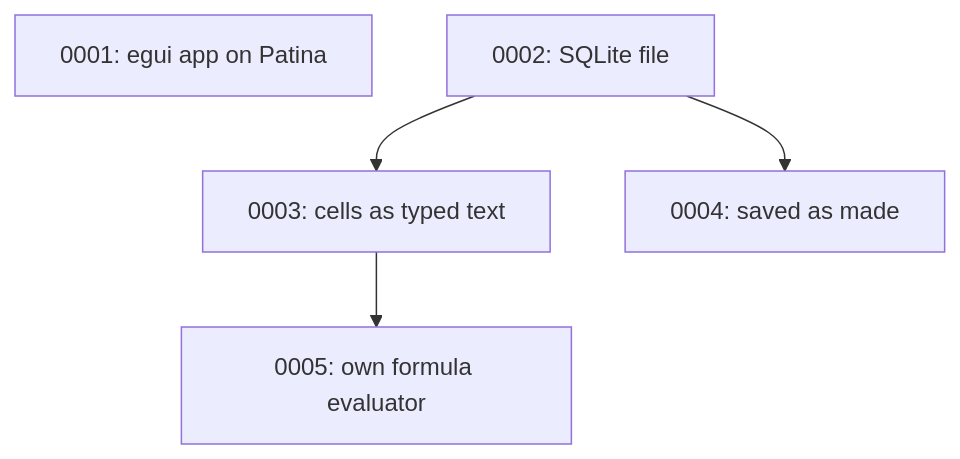
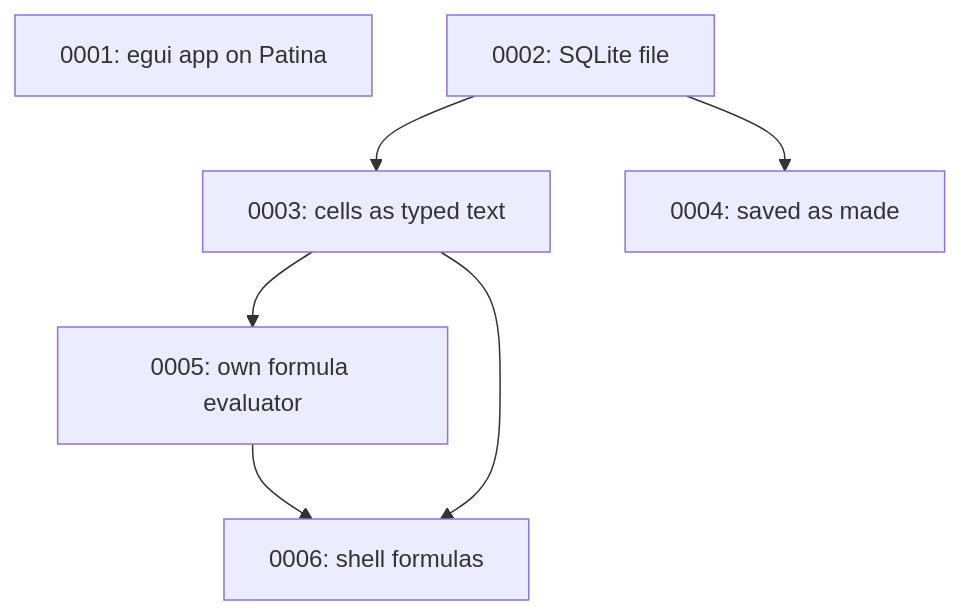
One commit to Sector-F-Labs/patina-desktop changed the diagram in ledger/docs/adr/README.md. Above: the diagram before and after it, drawn with Mermaid. The commit also changed other lines of this file and 18 other files, not shown here.

First line of the commit message:
Shell formulas: =SH() runs a command and fills a block of cells

````diff
--- a/ledger/docs/adr/README.md
+++ b/ledger/docs/adr/README.md
@@ -53,11 +54,14 @@
 ```mermaid
 flowchart TD
     A[0001: egui app on Patina]
     B[0002: SQLite file]
     C[0003: cells as typed text]
     D[0004: saved as made]
     E[0005: own formula evaluator]
+    F[0006: shell formulas]
     B --> C
+    E --> F
+    C --> F
     B --> D
     C --> E
 ```
````
